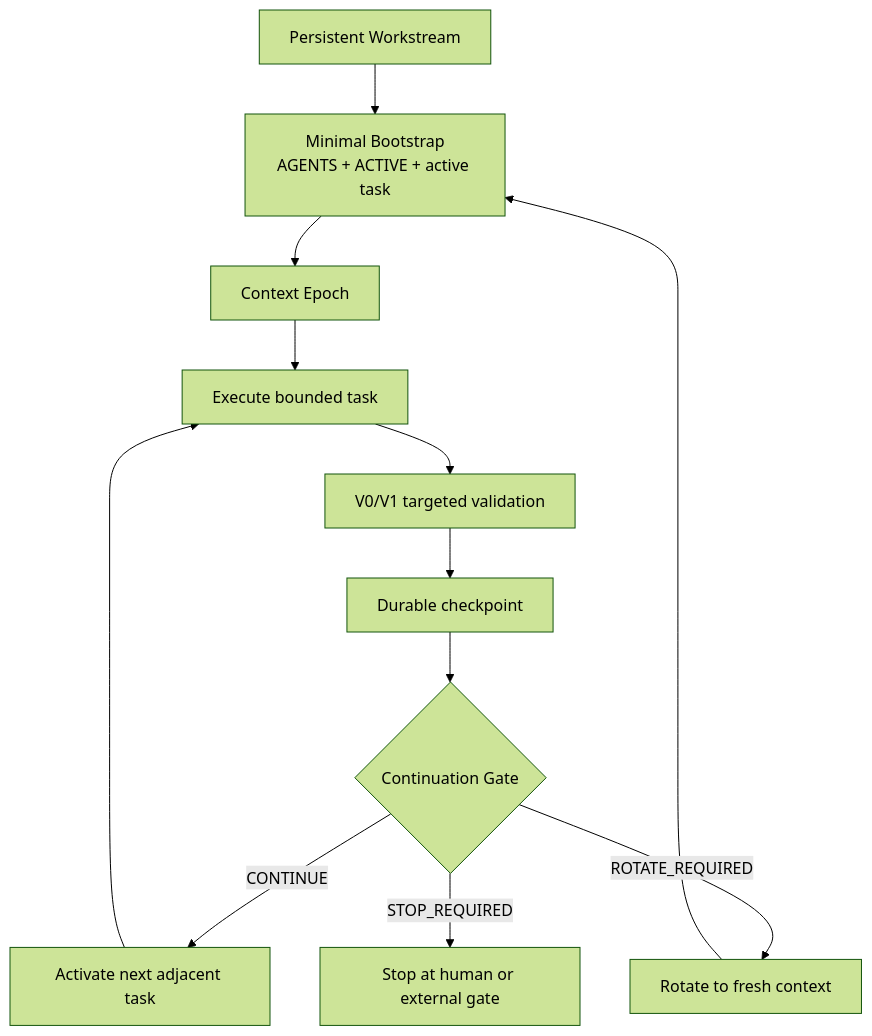
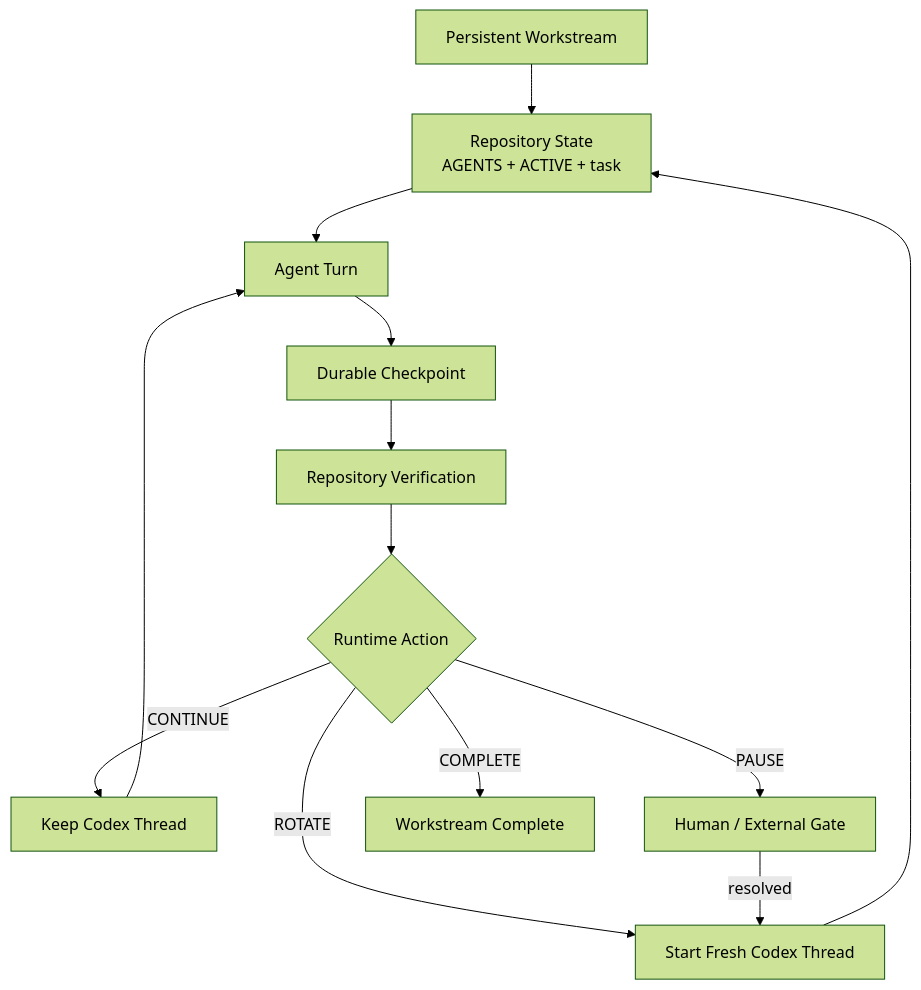
One commit to hanklin9188/repository-state-agent-workflow changed the diagram in README.md. Above: the diagram before and after it, drawn with Mermaid (forest theme). The commit also changed other lines of this file and 26 other files, not shown here.

Commit message:
docs: publish RSAW 0.3 automatic workstream runtime

````diff
--- a/README.md
+++ b/README.md
@@ -153,18 +175,20 @@
 ```mermaid
 flowchart TD
     W[Persistent Workstream]
-    B[Minimal Bootstrap\nAGENTS + ACTIVE + active task]
-    E[Context Epoch]
-    T[Execute bounded task]
-    V[V0/V1 targeted validation]
-    C[Durable checkpoint]
-    G{Continuation Gate}
-    N[Activate next adjacent task]
-    R[Rotate to fresh context]
-    H[Stop at human or external gate]
+    S[Repository State\nAGENTS + ACTIVE + task]
+    A[Agent Turn]
+    C[Durable Checkpoint]
+    V[Repository Verification]
+    G{Runtime Action}
+    K[Keep Codex Thread]
+    R[Start Fresh Codex Thread]
+    P[Human / External Gate]
+    D[Workstream Complete]
 
-    W --> B --> E --> T --> V --> C --> G
-    G -->|CONTINUE| N --> T
-    G -->|ROTATE_REQUIRED| R --> B
-    G -->|STOP_REQUIRED| H
+    W --> S --> A --> C --> V --> G
+    G -->|CONTINUE| K --> A
+    G -->|ROTATE| R --> S
+    G -->|PAUSE| P
+    P -->|resolved| R
+    G -->|COMPLETE| D
 ```
````
